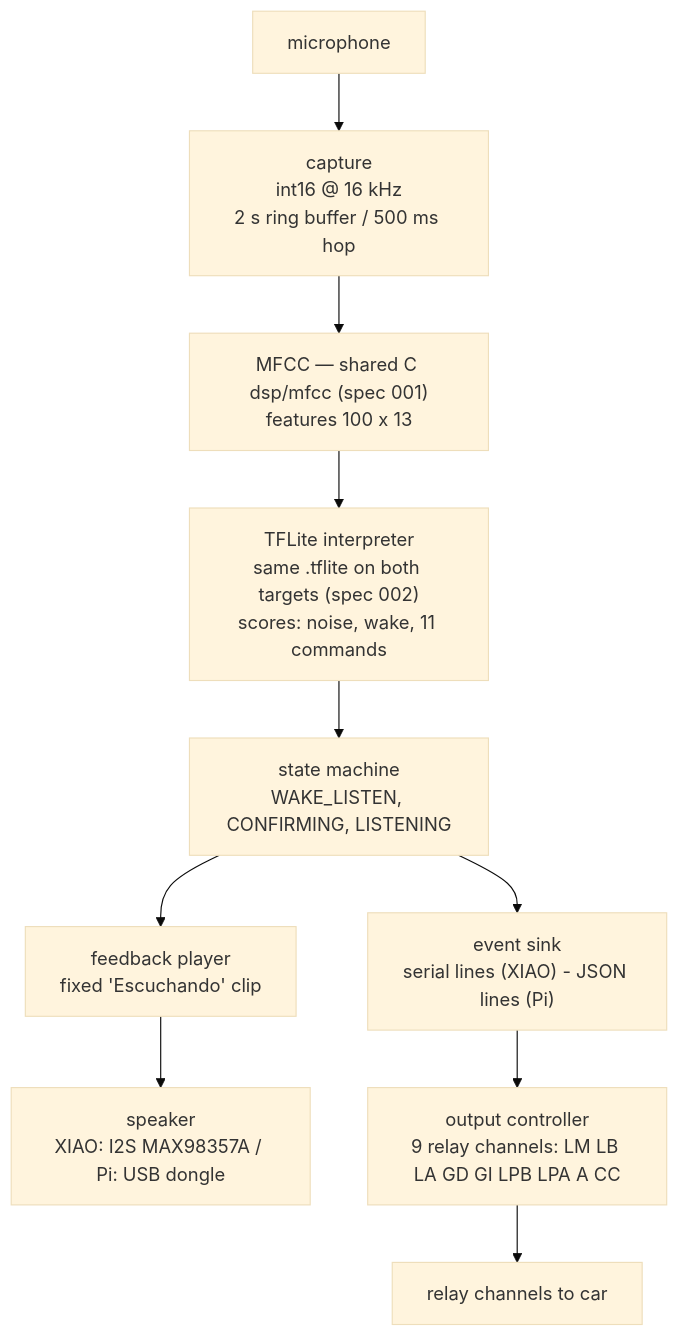
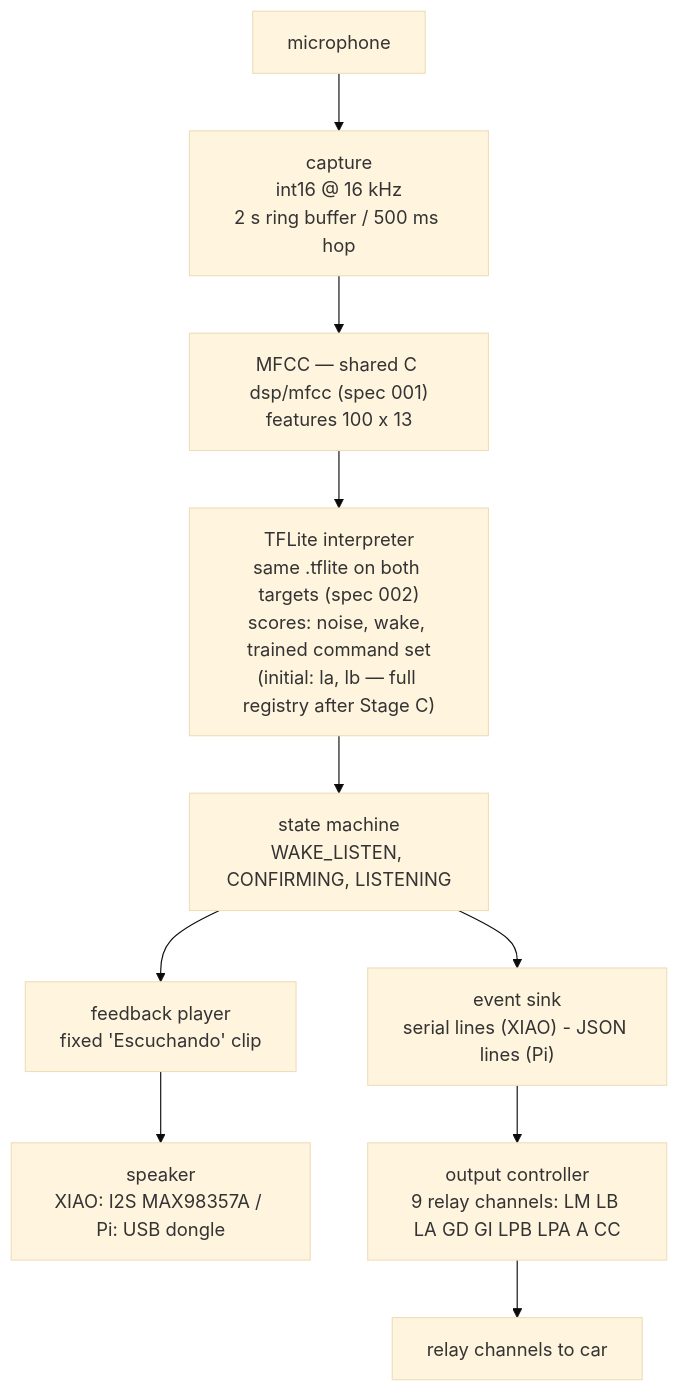
The first of 2 diagrams in .ai/sdd/specs/003-can-act/design.md (franzemil/ultron), drawn with Mermaid (base theme) before and after one commit. The commit also changed other lines of this file and 15 other files, not shown here.

Commit message:
docs(spec): stage rollout, host inference + per-spec critical paths

````diff
--- a/.ai/sdd/specs/003-can-act/design.md
+++ b/.ai/sdd/specs/003-can-act/design.md
@@ -26,12 +29,12 @@
 ```mermaid
 flowchart TB
     MIC["microphone"] --> CAP["capture<br/>int16 @ 16 kHz<br/>2 s ring buffer / 500 ms hop"]
     CAP --> DSP["MFCC — shared C dsp/mfcc (spec 001)<br/>features 100 x 13"]
-    DSP --> TFL["TFLite interpreter<br/>same .tflite on both targets (spec 002)<br/>scores: noise, wake, 11 commands"]
+    DSP --> TFL["TFLite interpreter<br/>same .tflite on both targets (spec 002)<br/>scores: noise, wake, trained command set<br/>(initial: la, lb — full registry after Stage C)"]
     TFL --> SM["state machine<br/>WAKE_LISTEN, CONFIRMING, LISTENING"]
     SM --> EVT["event sink<br/>serial lines (XIAO) - JSON lines (Pi)"]
     SM --> FB["feedback player<br/>fixed 'Escuchando' clip"]
     FB --> SPK["speaker<br/>XIAO: I2S MAX98357A / Pi: USB dongle"]
     EVT --> OC["output controller<br/>9 relay channels: LM LB LA GD GI LPB LPA A CC"]
     OC --> CAR["relay channels to car"]
 ```
````
